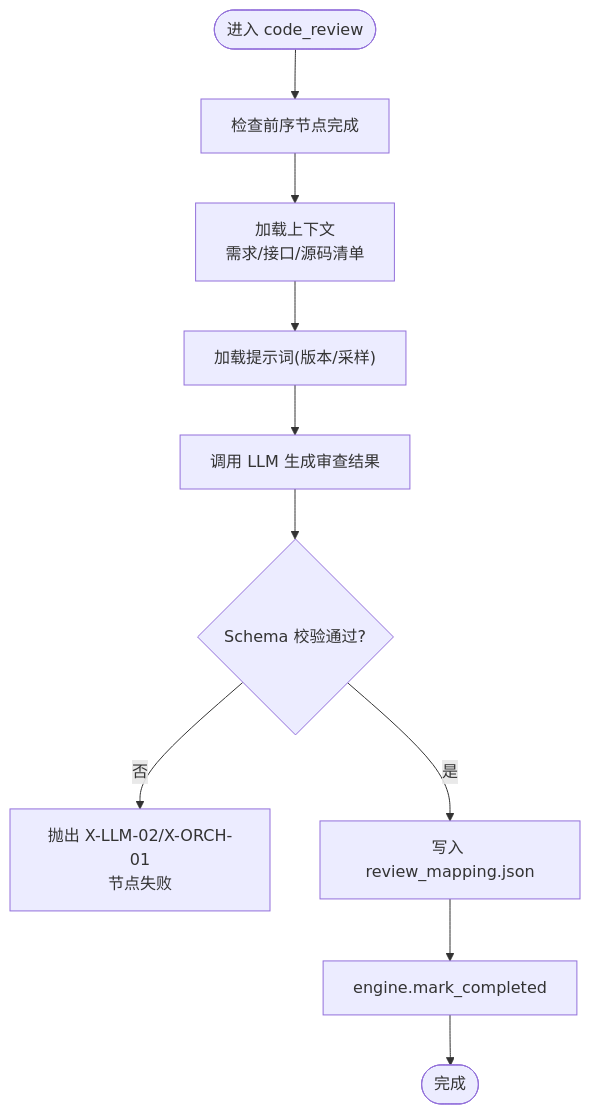
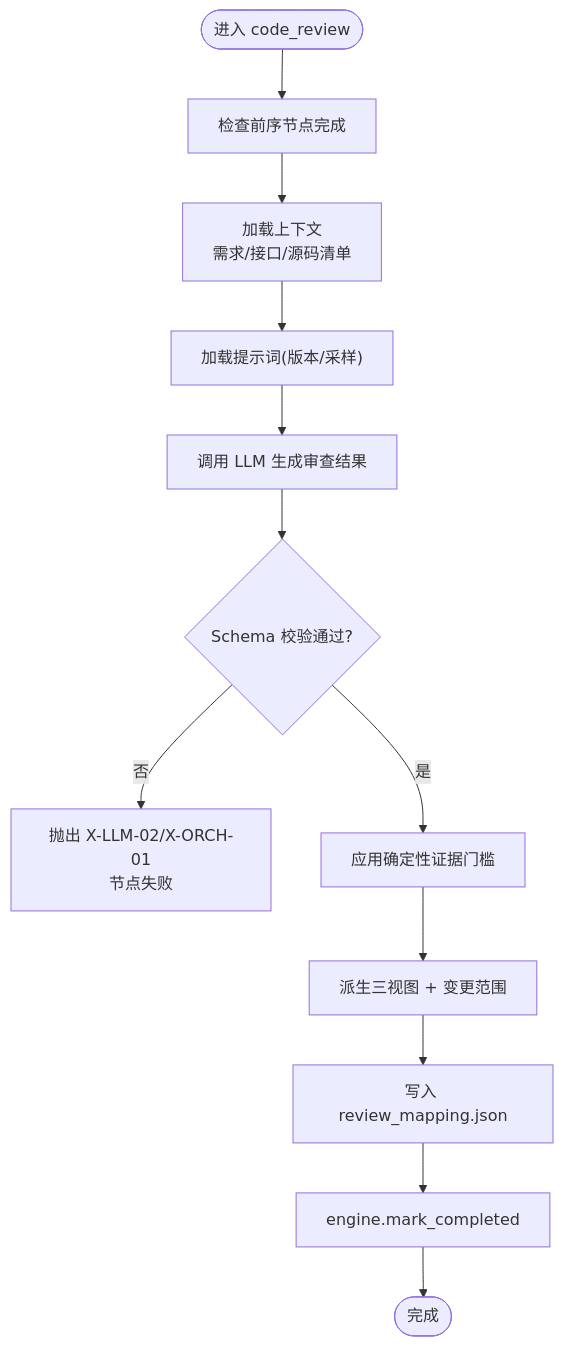
Before and after one commit to Joeyzheng001/LLM-AutoTest: the third of 5 diagrams in .qoder/repowiki/zh/content/流水线工作流/代码审查节点.md, drawn with Mermaid. The commit also changed other lines of this file and 94 other files, not shown here.

````diff
--- a/.qoder/repowiki/zh/content/流水线工作流/代码审查节点.md
+++ b/.qoder/repowiki/zh/content/流水线工作流/代码审查节点.md
@@ -114,12 +133,14 @@
 ```mermaid
 flowchart TD
 Start(["进入 code_review"]) --> CheckPrev["检查前序节点完成"]
 CheckPrev --> LoadCtx["加载上下文<br/>需求/接口/源码清单"]
 LoadCtx --> LoadPrompt["加载提示词(版本/采样)"]
 LoadPrompt --> CallLLM["调用 LLM 生成审查结果"]
 CallLLM --> Validate{"Schema 校验通过?"}
 Validate -- 否 --> Fail["抛出 X-LLM-02/X-ORCH-01<br/>节点失败"]
-Validate -- 是 --> Write["写入 review_mapping.json"]
+Validate -- 是 --> ApplyGates["应用确定性证据门槛"]
+ApplyGates --> DeriveViews["派生三视图 + 变更范围"]
+DeriveViews --> Write["写入 review_mapping.json"]
 Write --> MarkDone["engine.mark_completed"]
 MarkDone --> End(["完成"])
 ```
````
